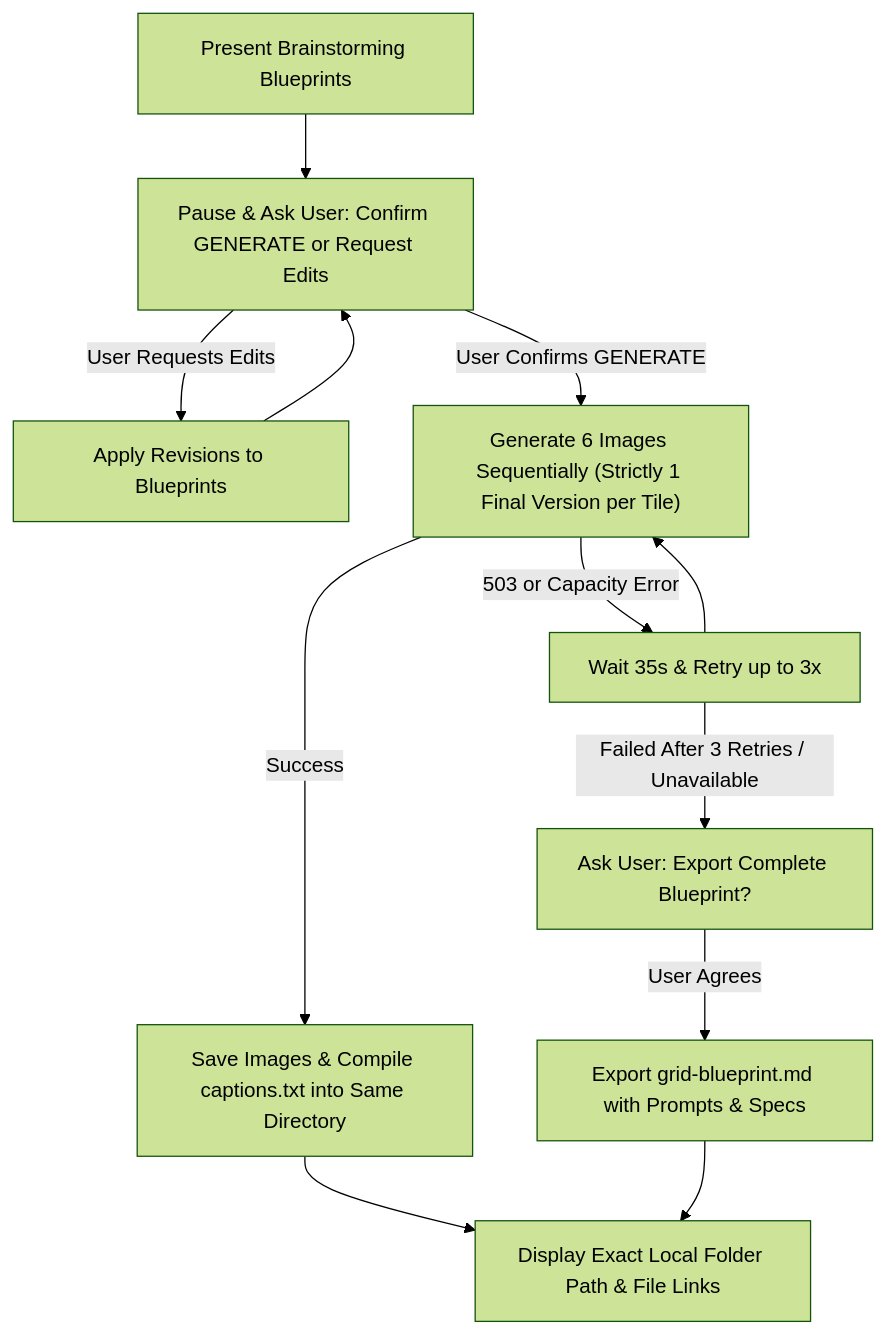
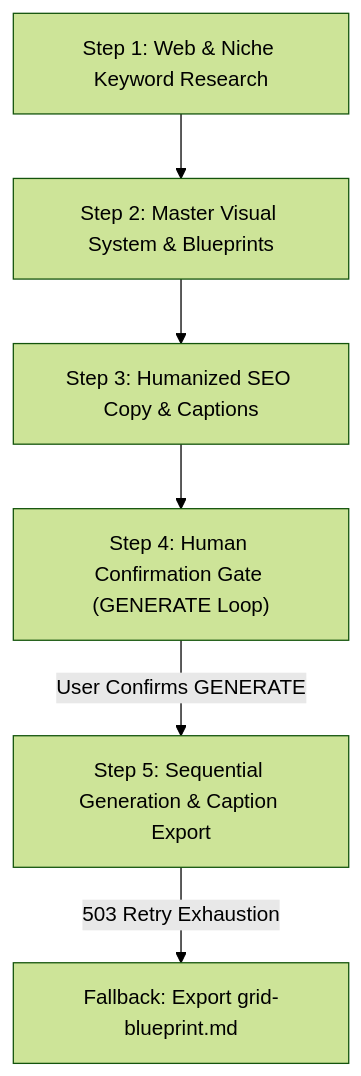
One commit to fryawhd-ctrl/ig-grid-brainstorm changed the diagram in SKILL.md. Above: the diagram before and after it, drawn with Mermaid (forest theme). The commit also changed other lines of this file and 6 other files, not shown here.

````diff
--- a/SKILL.md
+++ b/SKILL.md
@@ -181,14 +45,8 @@
 ```mermaid
 flowchart TD
-    A["Present Brainstorming Blueprints"] --> B["Pause & Ask User: Confirm GENERATE or Request Edits"]
-    B -->|User Requests Edits| C["Apply Revisions to Blueprints"]
-    C --> B
-    B -->|User Confirms GENERATE| D["Generate 6 Images Sequentially (Strictly 1 Final Version per Tile)"]
-    D -->|503 or Capacity Error| R["Wait 35s & Retry up to 3x"]
-    R --> D
-    D -->|Success| E["Save Images & Compile captions.txt into Same Directory"]
-    E --> F["Display Exact Local Folder Path & File Links"]
-    R -->|Failed After 3 Retries / Unavailable| G["Ask User: Export Complete Blueprint?"]
-    G -->|User Agrees| H["Export grid-blueprint.md with Prompts & Specs"]
-    H --> F
+    S1["Step 1: Web & Niche Keyword Research"] --> S2["Step 2: Master Visual System & Blueprints"]
+    S2 --> S3["Step 3: Humanized SEO Copy & Captions"]
+    S3 --> S4["Step 4: Human Confirmation Gate (GENERATE Loop)"]
+    S4 -->|User Confirms GENERATE| S5["Step 5: Sequential Generation & Caption Export"]
+    S5 -->|503 Retry Exhaustion| F["Fallback: Export grid-blueprint.md"]
 ```
````
